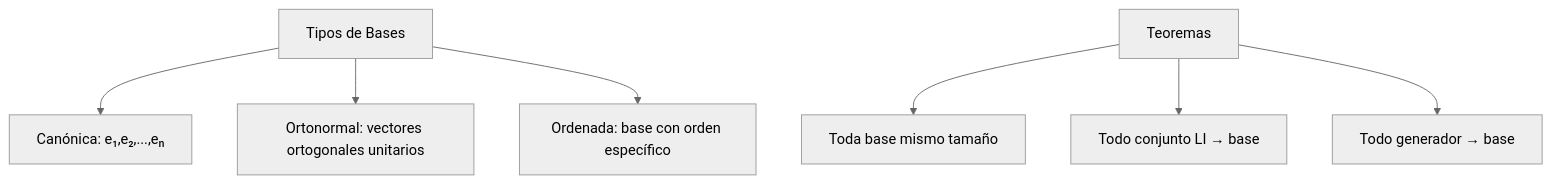
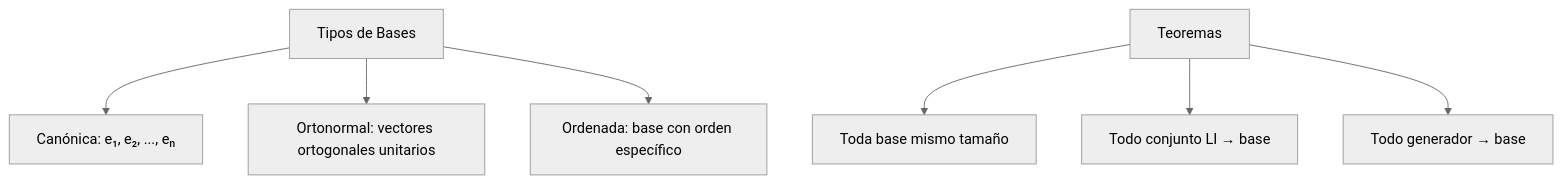
The fourth of 4 diagrams in public/documents/semester-3/1/3115.md (djaimej/computer-science-template), drawn with Mermaid (neutral theme) before and after one commit. The commit also changed other lines of this file and 34 other files, not shown here.

````diff
--- a/public/documents/semester-3/1/3115.md
+++ b/public/documents/semester-3/1/3115.md
@@ -510,10 +514,10 @@
 ```mermaid
 graph TD
-    M[Tipos de Bases] --> N[Canónica: e₁,e₂,...,eₙ]
+    M[Tipos de Bases] --> N["Canónica: e₁, e₂, ..., eₙ"]
     M --> O[Ortonormal: vectores ortogonales unitarios]
     M --> P[Ordenada: base con orden específico]
 
     Q[Teoremas] --> R[Toda base mismo tamaño]
     Q --> S[Todo conjunto LI → base]
     Q --> T[Todo generador → base]
 ```
````
